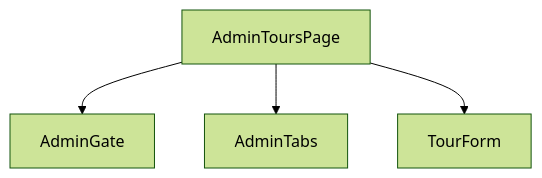
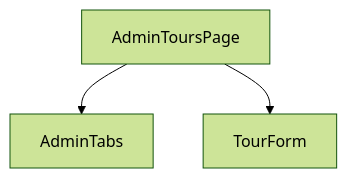
The ninth of 10 diagrams in source/_posts/lokiTech-15day-12-project-travel.md (summer10920/summer10920.github.io), drawn with Mermaid (forest theme) before and after one commit. The commit also changed other lines of this file and 3 other files, not shown here.

```diff
--- a/source/_posts/lokiTech-15day-12-project-travel.md
+++ b/source/_posts/lokiTech-15day-12-project-travel.md
@@ -3864,5 +4639,4 @@
 {% mermaid graph TD %}
-  page["AdminToursPage"] --> gate["AdminGate"]
-  page --> tabs["AdminTabs"]
+  page["AdminToursPage"] --> tabs["AdminTabs"]
   page --> form["TourForm"]
 {% endmermaid %}
```
